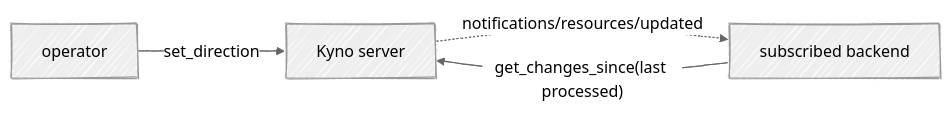
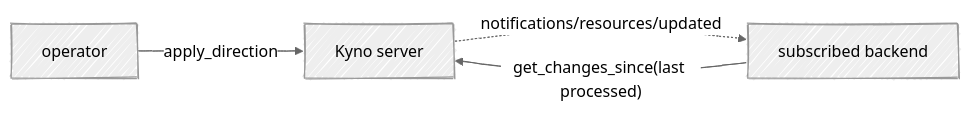
The diagram in docs/contract.md (cizambra/kyno), drawn with Mermaid before and after one commit. The commit also changed other lines of this file and 56 other files, not shown here.

````diff
--- a/docs/contract.md
+++ b/docs/contract.md
@@ -69,11 +69,11 @@
 ```mermaid
 ---
 config:
   look: handDrawn
   theme: neutral
 ---
 flowchart LR
-  OP["operator"] -- "set_direction" --> KY["Kyno server"]
+  OP["operator"] -- "apply_direction" --> KY["Kyno server"]
   KY -. "notifications/resources/updated" .-> BE["subscribed backend"]
   BE -- "get_changes_since(last processed)" --> KY
 ```
````
